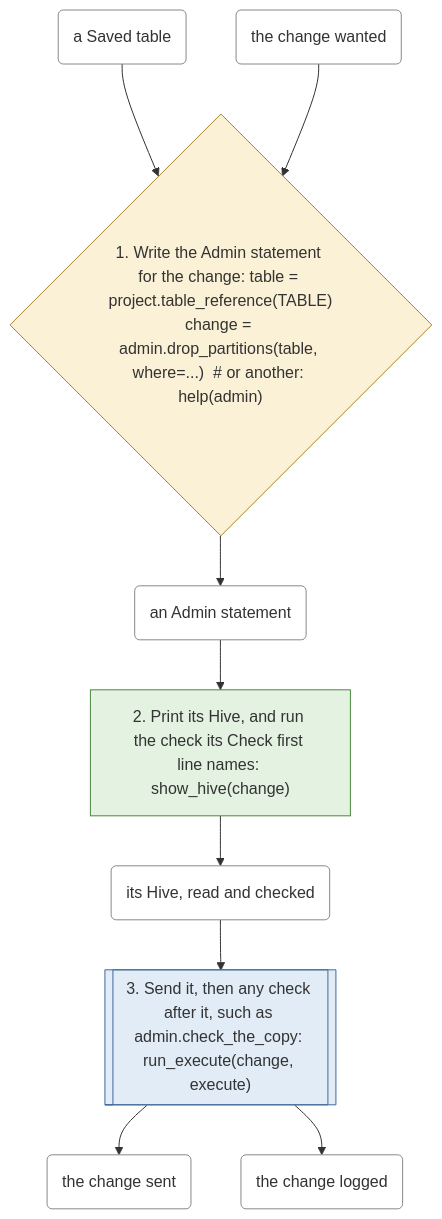
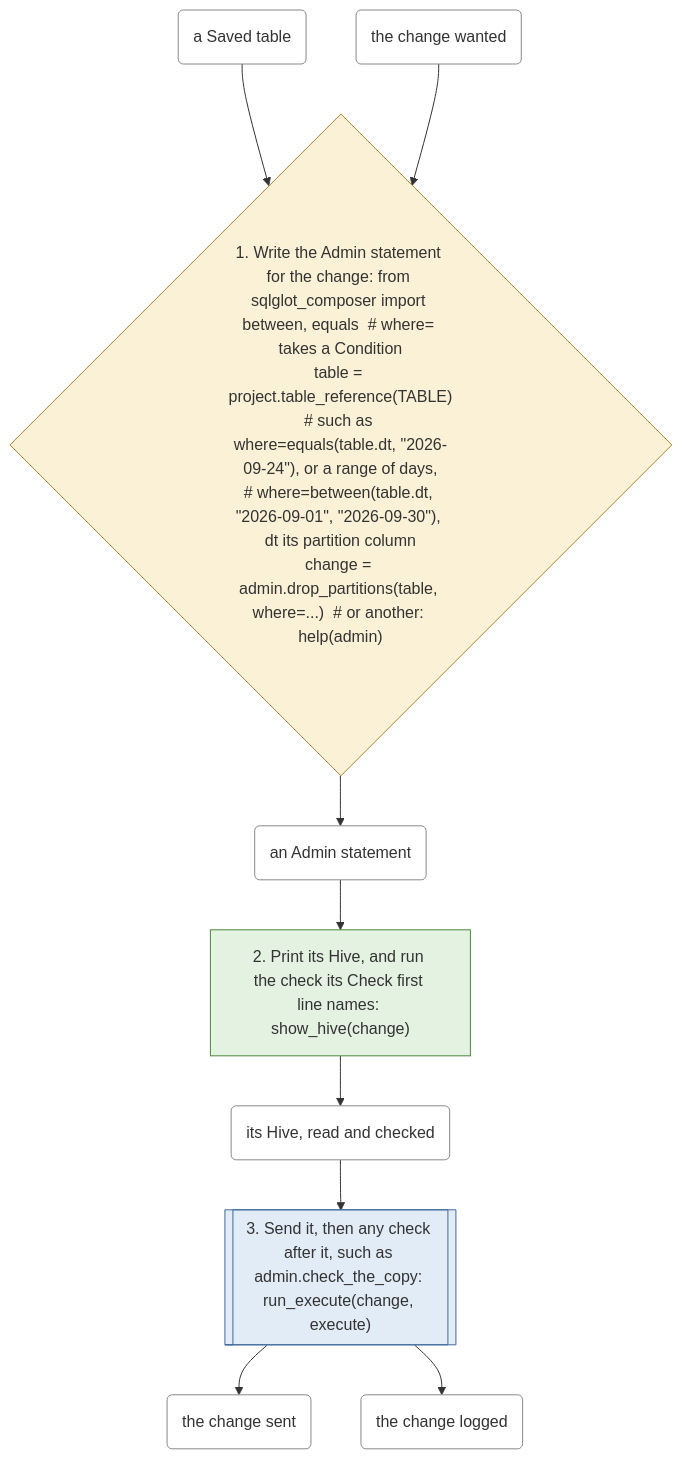
Before and after one commit to EdgyPage/SQL-Composer: the sixth of 6 diagrams in docs/workflows.md, drawn with Mermaid. The commit also changed 33 other files, not shown here.

````diff
--- a/docs/workflows.md
+++ b/docs/workflows.md
@@ -250,25 +250,28 @@
 ```mermaid
 flowchart TD
-    s0{"1. Write the Admin statement for the change: table = project.table_reference(TABLE)
+    s0{"1. Write the Admin statement for the change: from sqlglot_composer import between, equals  #35; where= takes a Condition
+table = project.table_reference(TABLE)
+#35; such as where=equals(table.dt, #quot;2026-09-24#quot;), or a range of days,
+#35; where=between(table.dt, #quot;2026-09-01#quot;, #quot;2026-09-30#quot;), dt its partition column
 change = admin.drop_partitions(table, where=...)  #35; or another: help(admin)"}:::your_decision
     s1["2. Print its Hive, and run the check its Check first line names: show_hive(change)"]:::files_only
     s2[["3. Send it, then any check after it, such as admin.check_the_copy: run_execute(change, execute)"]]:::warehouse_call
     t0("a Saved table"):::thing
     t1("the change wanted"):::thing
     t2("an Admin statement"):::thing
     t3("its Hive, read and checked"):::thing
     t4("the change sent"):::thing
     t5("the change logged"):::thing
     t0 --> s0
     t1 --> s0
     s0 --> t2
     t2 --> s1
     s1 --> t3
     t3 --> s2
     s2 --> t4
     s2 --> t5
     classDef files_only fill:#e3f2e1,stroke:#4a8a3f
     classDef warehouse_call fill:#e1ecf7,stroke:#3f6a9a
     classDef your_decision fill:#fbf1d6,stroke:#a8842a
     classDef thing fill:#ffffff,stroke:#888888
 ```
````
